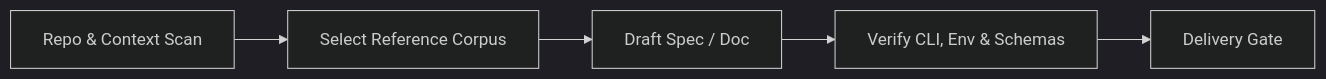
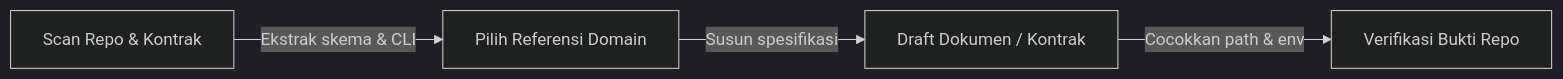
One commit to giriedu/maxilun changed the diagram in skills/maxilun-docsmith/SKILL.md. Above: the diagram before and after it, drawn with Mermaid (dark theme). The commit also changed other lines of this file and 41 other files, not shown here.

Commit message:
feat(ecosystem): decision architecture overhaul, anti-monoculture & tooling parity

````diff
--- a/skills/maxilun-docsmith/SKILL.md
+++ b/skills/maxilun-docsmith/SKILL.md
@@ -75,7 +69,6 @@
 ```mermaid
 flowchart LR
-    A[Repo & Context Scan] --> B[Select Reference Corpus]
-    B --> C[Draft Spec / Doc]
-    C --> D[Verify CLI, Env & Schemas]
-    D --> E[Delivery Gate]
+    A["Scan Repo & Kontrak"] -->|Ekstrak skema & CLI| B["Pilih Referensi Domain"]
+    B -->|Susun spesifikasi| C["Draft Dokumen / Kontrak"]
+    C -->|Cocokkan path & env| D["Verifikasi Bukti Repo"]
 ```
````
